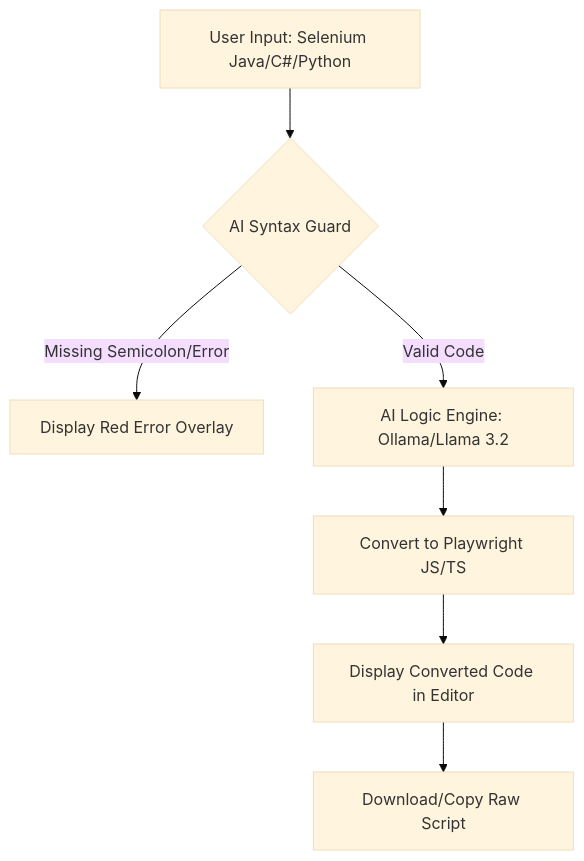
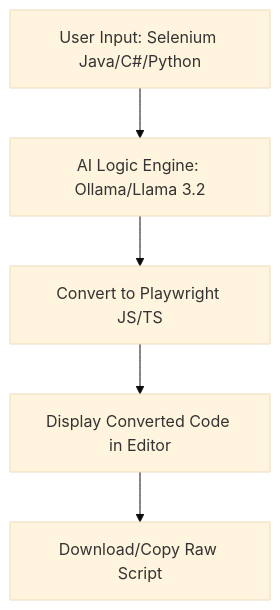
Before and after one commit to bhaumikgohel/AI-Universal-Selenium2Playwright_JSTS_Converter: the diagram in README.md, drawn with Mermaid (base theme). The commit also changed other lines of this file and 2 other files, not shown here.

Commit message:
removed strict syntax validation and comments support

````diff
--- a/README.md
+++ b/README.md
@@ -4,9 +4,7 @@
 ```mermaid
 graph TD
-    A[User Input: Selenium Java/C#/Python] --> B{AI Syntax Guard}
-    B -- Missing Semicolon/Error --> C[Display Red Error Overlay]
-    B -- Valid Code --> D[AI Logic Engine: Ollama/Llama 3.2]
+    A[User Input: Selenium Java/C#/Python] --> D[AI Logic Engine: Ollama/Llama 3.2]
     D --> E[Convert to Playwright JS/TS]
     E --> F[Display Converted Code in Editor]
     F --> G[Download/Copy Raw Script]
 ```
````
